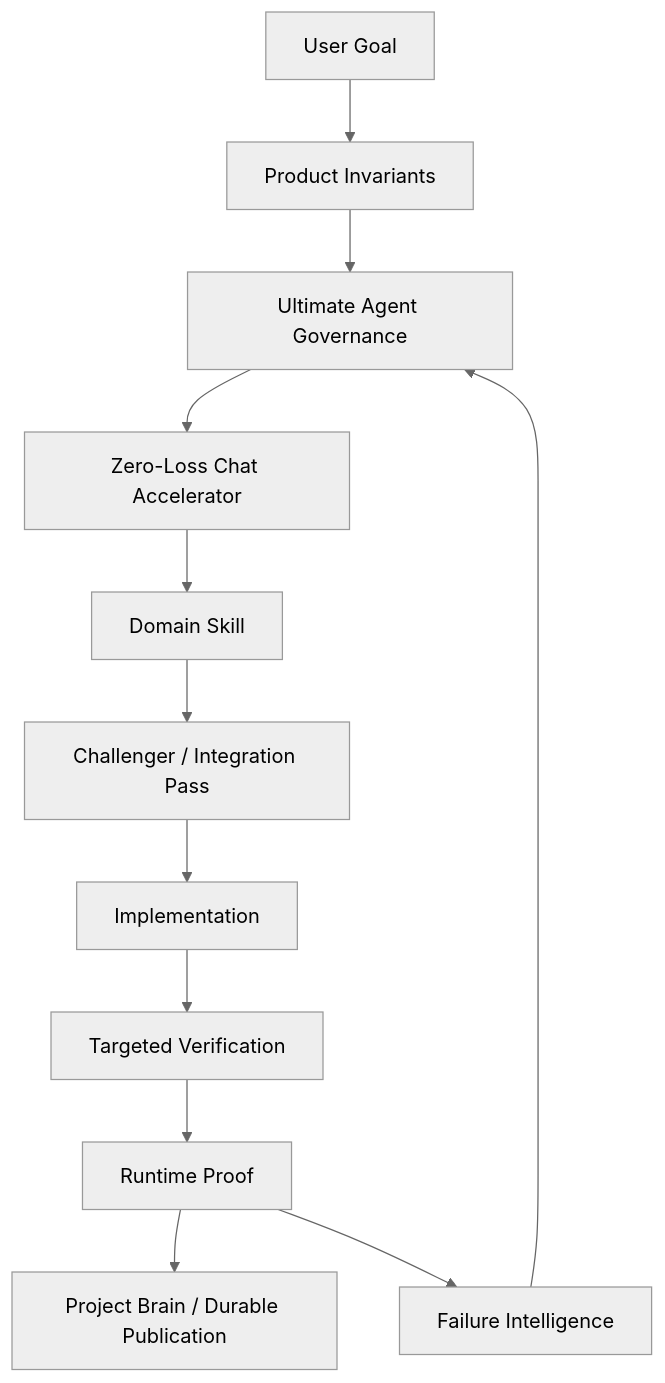
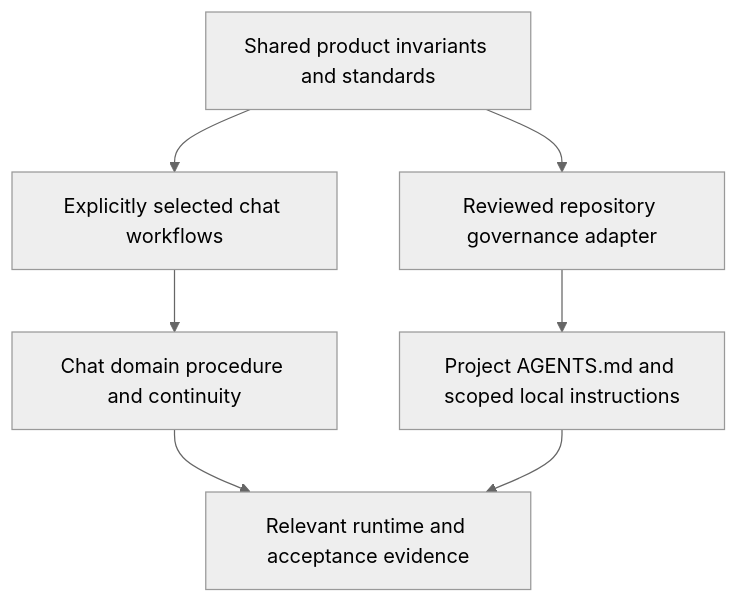
Before and after one commit to Herbertofury/Agent-Foundry: the diagram in wiki/Architecture.md, drawn with Mermaid (neutral theme). The commit also changed other lines of this file and 44 other files, not shown here.

First line of the commit message:
Separate chat workflows from repository governance

````diff
--- a/wiki/Architecture.md
+++ b/wiki/Architecture.md
@@ -5,14 +5,9 @@
-~~~mermaid
+```mermaid
 flowchart TD
-    U[User Goal] --> I[Product Invariants]
-    I --> G[Ultimate Agent Governance]
-    G --> Z[Zero-Loss Chat Accelerator]
-    Z --> D[Domain Skill]
-    D --> C[Challenger / Integration Pass]
-    C --> M[Implementation]
-    M --> V[Targeted Verification]
-    V --> R[Runtime Proof]
-    R --> P[Project Brain / Durable Publication]
-    R --> F[Failure Intelligence]
-    F --> G
-~~~
+    I[Shared product invariants and standards] --> C[Explicitly selected chat workflows]
+    I --> R[Reviewed repository governance adapter]
+    C --> D[Chat domain procedure and continuity]
+    R --> L[Project AGENTS.md and scoped local instructions]
+    D --> V[Relevant runtime and acceptance evidence]
+    L --> V
+```
````
